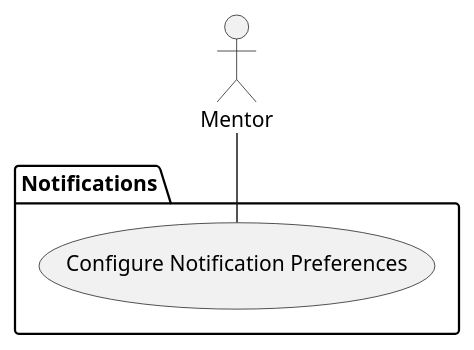
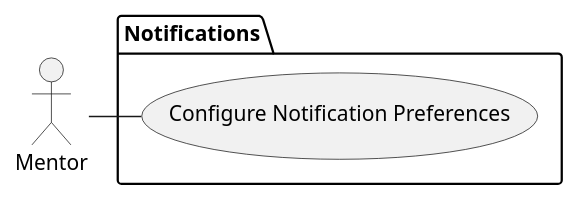
One commit to bmb0136/COMP-3700-Project changed the diagram in Use Cases/ConfigureNotificationPrefrences.iuml. Above: the diagram before and after it, drawn with PlantUML. The commit also changed 13 other files, not shown here.

Commit message:
Fix formatting in main diagram

```diff
--- a/Use Cases/ConfigureNotificationPrefrences.iuml
+++ b/Use Cases/ConfigureNotificationPrefrences.iuml
@@ -1,7 +1,7 @@
 @startuml Configure Notification Preferences
 actor :Mentor:
 package "Notifications" {
   (Configure Notification Preferences) as notifPref
 }
-Mentor -- notifPref
+Mentor -right- notifPref
 @enduml
```
